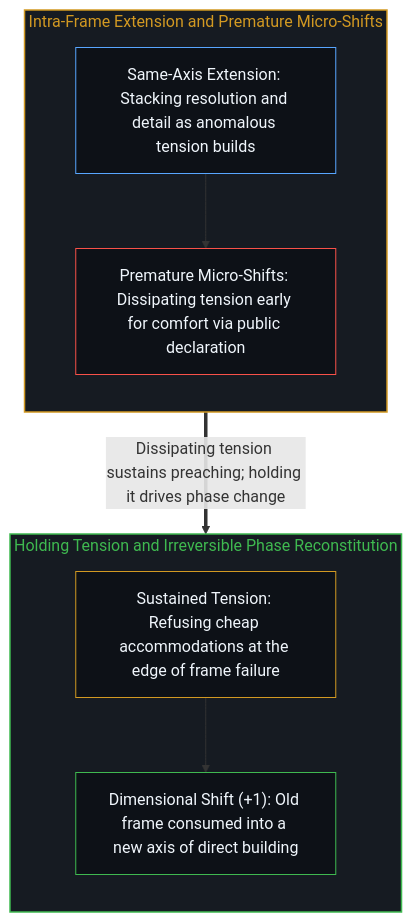
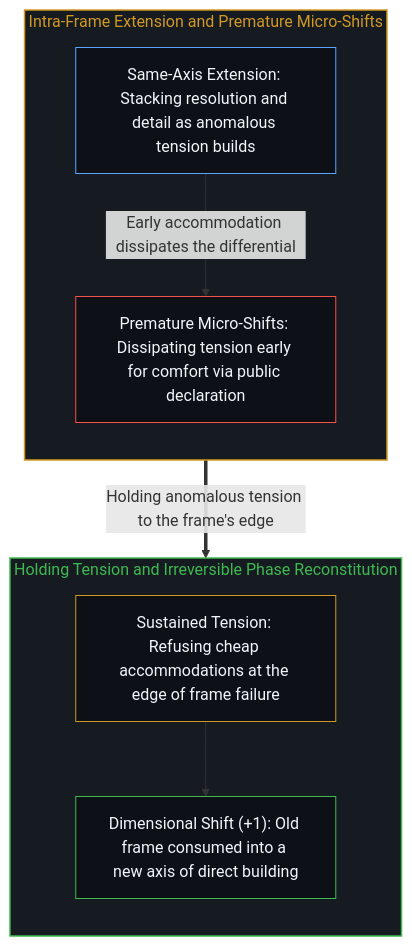
One commit to powerpig99/not-a-toe changed the second of 2 diagrams in content/posts/extension-and-shift.md. Above: the diagram before and after it, drawn with Mermaid. The commit also changed other lines of this file and 13 other files, not shown here.

````diff
--- a/content/posts/extension-and-shift.md
+++ b/content/posts/extension-and-shift.md
@@ -42,22 +42,22 @@
 ```mermaid
 flowchart TD
     subgraph S_Extend["Intra-Frame Extension and Premature Micro-Shifts"]
         direction TB
         Axis["Same-Axis Extension: Stacking resolution and detail as anomalous tension builds"]
         Micro["Premature Micro-Shifts: Dissipating tension early for comfort via public declaration"]
-        Axis --> Micro
+        Axis -->|"Early accommodation dissipates the differential"| Micro
     end
     subgraph S_Shift["Holding Tension and Irreversible Phase Reconstitution"]
         direction TB
         Hold["Sustained Tension: Refusing cheap accommodations at the edge of frame failure"]
         Phase["Dimensional Shift (+1): Old frame consumed into a new axis of direct building"]
         Hold --> Phase
     end
-    Micro ==>|"Dissipating tension sustains preaching; holding it drives phase change"| Hold
+    Axis ==>|"Holding anomalous tension to the frame's edge"| Hold
     style S_Extend fill:#161b22,stroke:#d29922,stroke-width:1.5px,color:#d29922
     style S_Shift fill:#161b22,stroke:#3fb950,stroke-width:1.5px,color:#3fb950
     style Axis fill:#0d1117,stroke:#58a6ff,stroke-width:1px,color:#f0f6fc
     style Micro fill:#0d1117,stroke:#f85149,stroke-width:1px,color:#f0f6fc
     style Hold fill:#0d1117,stroke:#d29922,stroke-width:1px,color:#f0f6fc
     style Phase fill:#0d1117,stroke:#3fb950,stroke-width:1px,color:#f0f6fc
 ```
````
